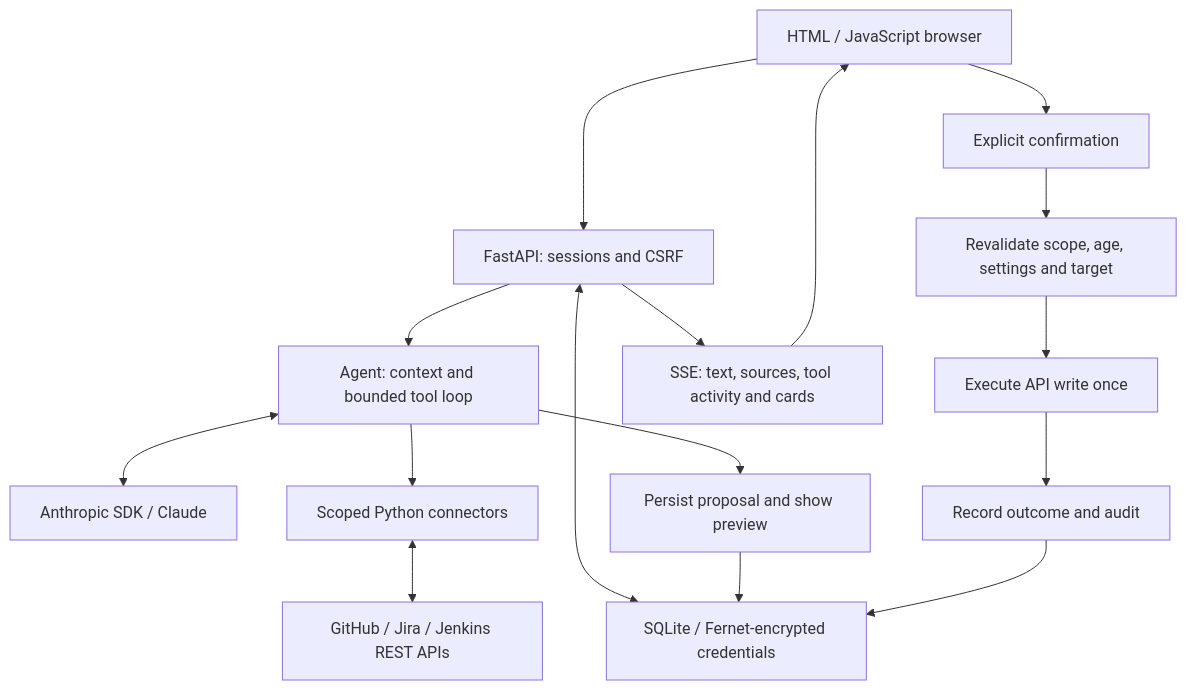
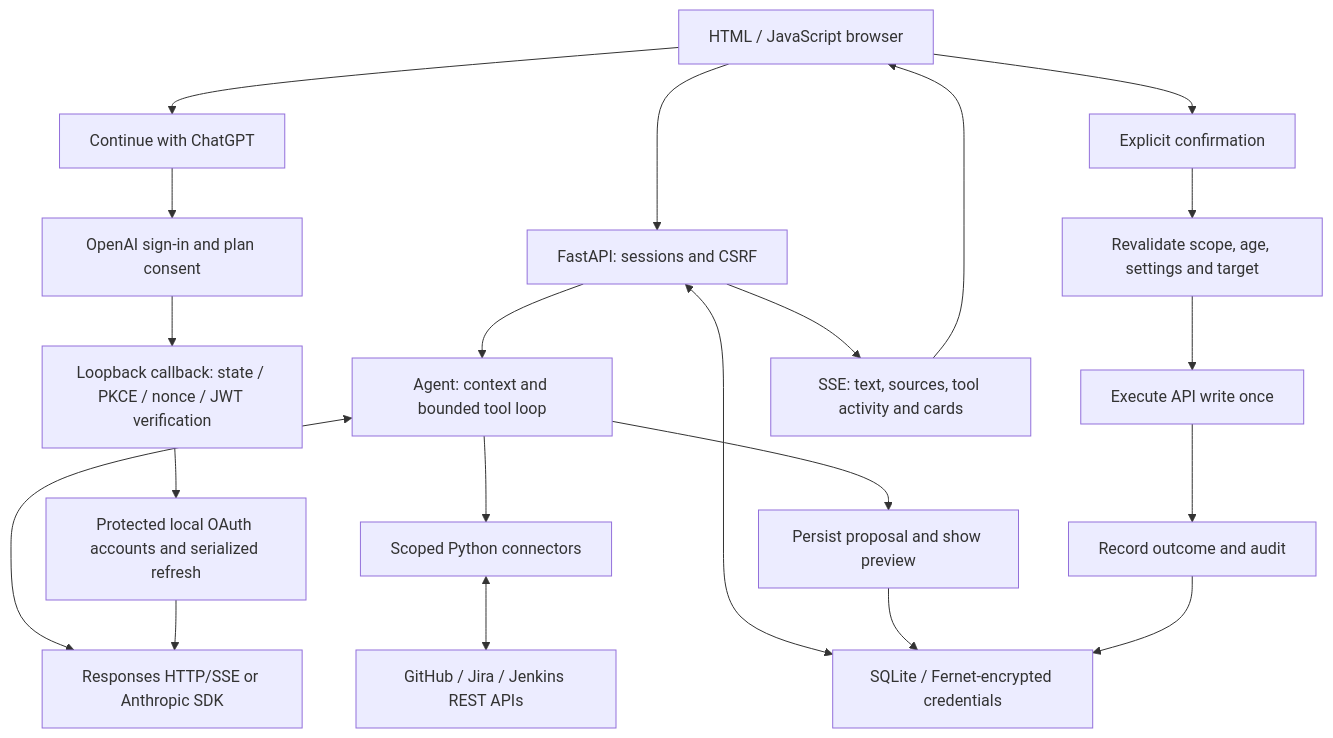
Before and after one commit to abhijitxroy/aimate: the second of 2 diagrams in docs/architecture.md, drawn with Mermaid. The commit also changed other lines of this file and 12 other files, not shown here.

Commit message:
Add local ChatGPT sign-in and streamed project tool calls

````diff
--- a/docs/architecture.md
+++ b/docs/architecture.md
@@ -17,18 +18,23 @@
 ```mermaid
 flowchart TD
     UI[HTML / JavaScript browser] --> API[FastAPI: sessions and CSRF]
     API --> Loop[Agent: context and bounded tool loop]
-    Loop <--> Model[Anthropic SDK / Claude]
+    Loop <--> Model[Responses HTTP/SSE or Anthropic SDK]
+    UI --> SignIn[Continue with ChatGPT]
+    SignIn --> OpenAI[OpenAI sign-in and plan consent]
+    OpenAI --> Callback[Loopback callback: state / PKCE / nonce / JWT verification]
+    Callback --> Tokens[Protected local OAuth accounts and serialized refresh]
+    Tokens --> Model
     Loop --> Read[Scoped Python connectors]
     Read <--> Services[GitHub / Jira / Jenkins REST APIs]
     Loop --> Proposal[Persist proposal and show preview]
     UI --> Confirm[Explicit confirmation]
     Confirm --> Validate[Revalidate scope, age, settings and target]
     Validate --> Write[Execute API write once]
     Write --> Audit[Record outcome and audit]
     API <--> DB[SQLite / Fernet-encrypted credentials]
     Proposal --> DB
     Audit --> DB
     API --> SSE[SSE: text, sources, tool activity and cards]
     SSE --> UI
 ```
````
